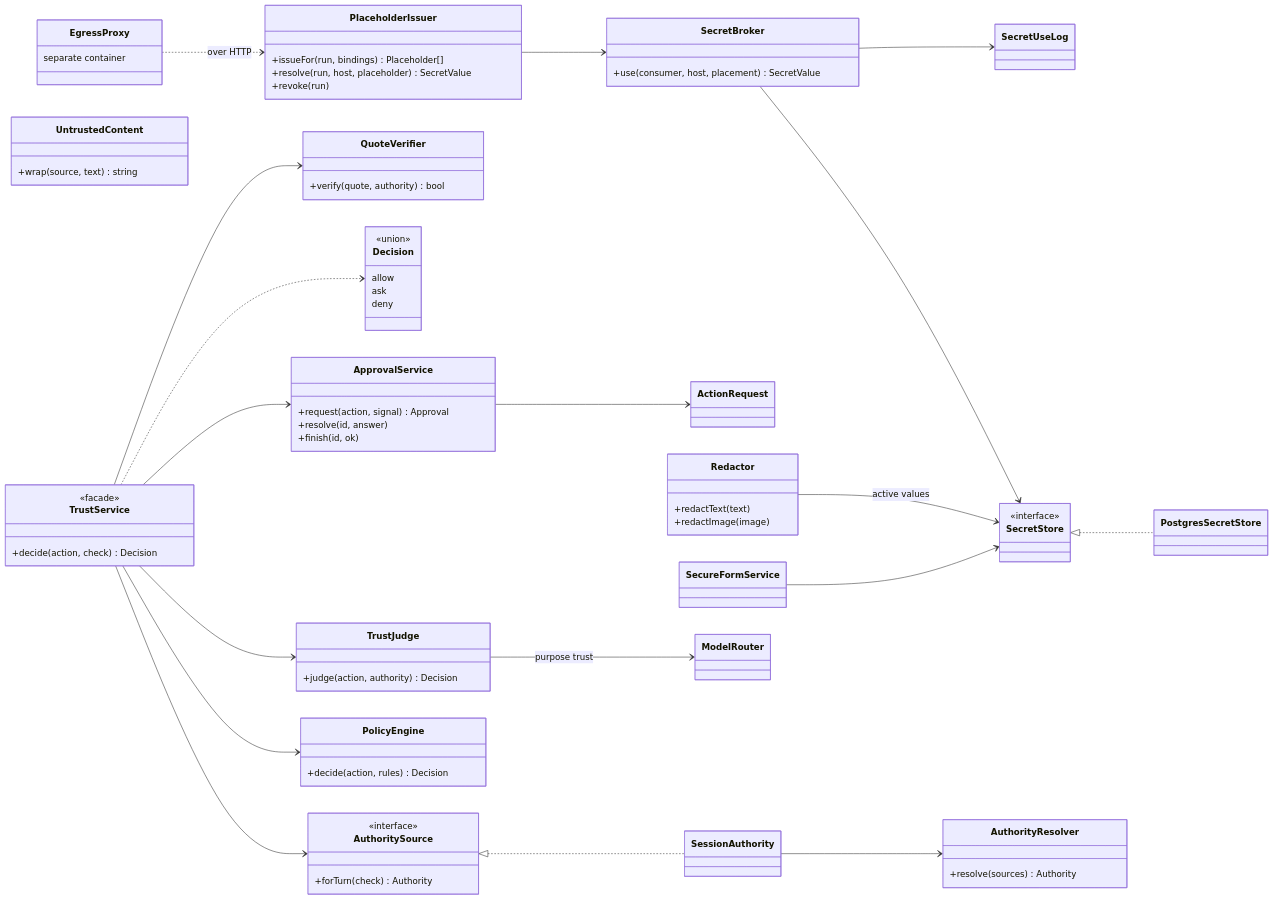
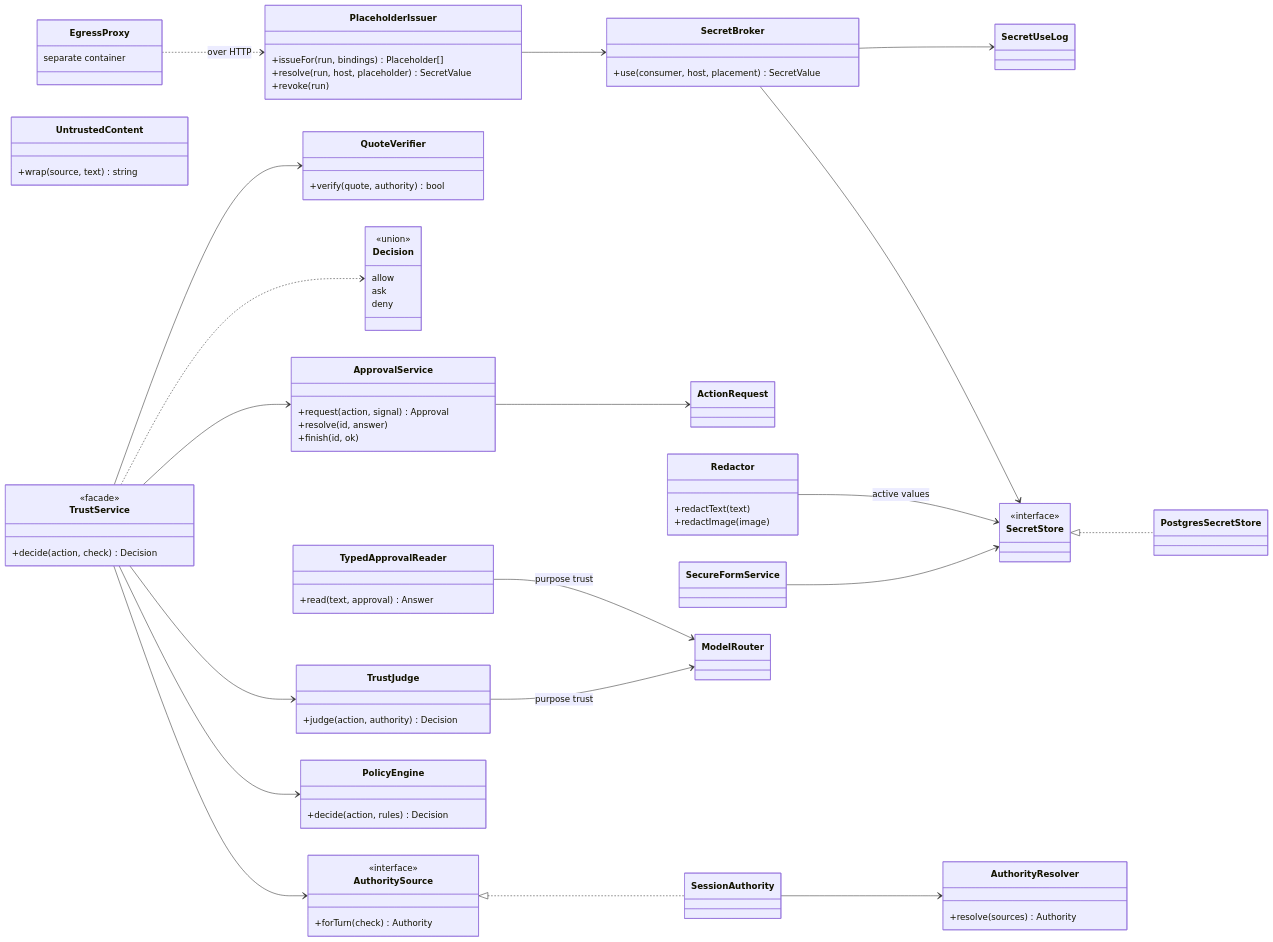
Before and after one commit to ggiraudon/shitsuji: the eighth of 14 diagrams in docs/06-class-map.md, drawn with Mermaid. The commit also changed 3 other files, not shown here.

````diff
--- a/docs/06-class-map.md
+++ b/docs/06-class-map.md
@@ -577,78 +577,82 @@
 ```mermaid
 classDiagram
   direction LR
   class TrustService {
     <<facade>>
     +decide(action, check) Decision
   }
   class AuthoritySource {
     <<interface>>
     +forTurn(check) Authority
   }
   class SessionAuthority
   class AuthorityResolver {
     +resolve(sources) Authority
   }
   class PolicyEngine {
     +decide(action, rules) Decision
   }
   class TrustJudge {
     +judge(action, authority) Decision
   }
   class QuoteVerifier {
     +verify(quote, authority) bool
+  }
+  class TypedApprovalReader {
+    +read(text, approval) Answer
   }
   class ApprovalService {
     +request(action, signal) Approval
     +resolve(id, answer)
     +finish(id, ok)
   }
   class UntrustedContent {
     +wrap(source, text) string
   }
   class Decision {
     <<union>>
     allow
     ask
     deny
   }
   class SecretStore {
     <<interface>>
   }
   class PostgresSecretStore
   class SecretBroker {
     +use(consumer, host, placement) SecretValue
   }
   class PlaceholderIssuer {
     +issueFor(run, bindings) Placeholder[]
     +resolve(run, host, placeholder) SecretValue
     +revoke(run)
   }
   class Redactor {
     +redactText(text)
     +redactImage(image)
   }
   class SecureFormService
   class SecretUseLog
   class EgressProxy {
     separate container
   }
 
   TrustService --> AuthoritySource
   AuthoritySource <|.. SessionAuthority
   SessionAuthority --> AuthorityResolver
   TrustService --> PolicyEngine
   TrustService --> TrustJudge
   TrustService --> ApprovalService
   TrustService ..> Decision
   TrustService --> QuoteVerifier
   TrustJudge --> ModelRouter : purpose trust
+  TypedApprovalReader --> ModelRouter : purpose trust
   ApprovalService --> ActionRequest
   SecretStore <|.. PostgresSecretStore
   SecretBroker --> SecretStore
   SecretBroker --> SecretUseLog
   PlaceholderIssuer --> SecretBroker
   EgressProxy ..> PlaceholderIssuer : over HTTP
   Redactor --> SecretStore : active values
   SecureFormService --> SecretStore
 ```
````
